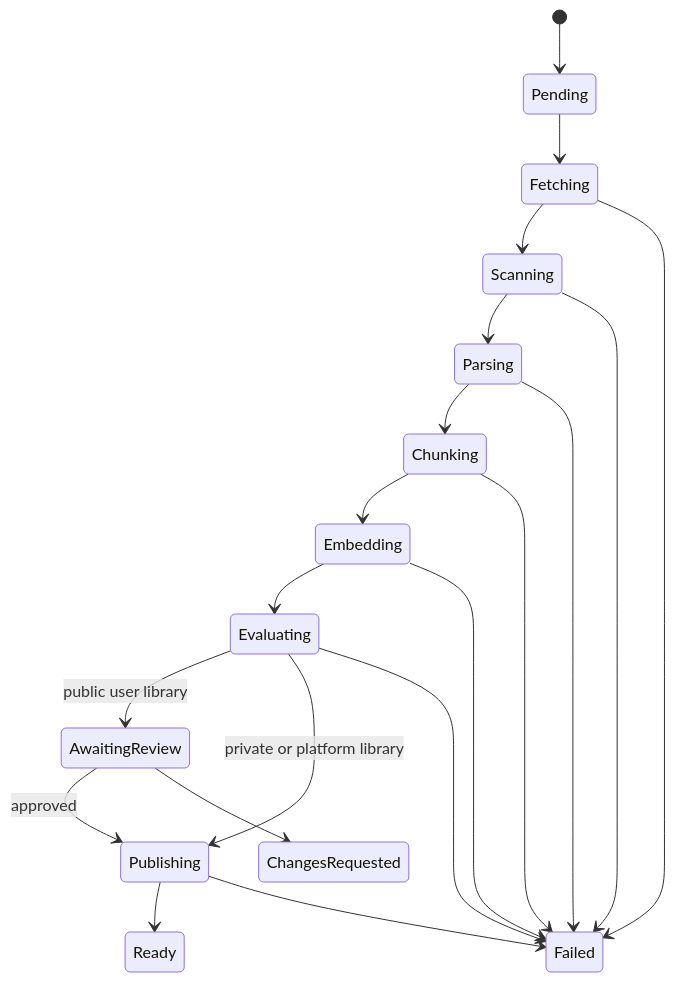
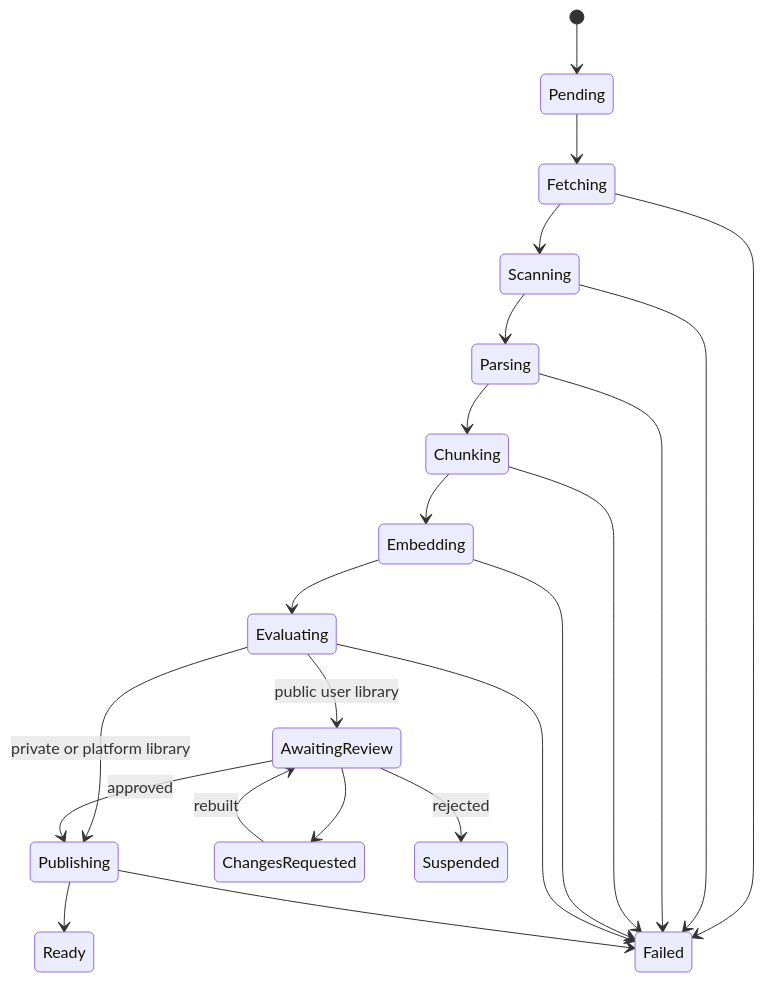
One commit to symphonyprotocol-lab/detail0 changed the second of 2 diagrams in architecture.md. Above: the diagram before and after it, drawn with Mermaid. The commit also changed other lines of this file and 19 other files, not shown here.

````diff
--- a/architecture.md
+++ b/architecture.md
@@ -434,22 +434,24 @@
 ```mermaid
 stateDiagram-v2
     [*] --> Pending
     Pending --> Fetching
     Fetching --> Scanning
     Scanning --> Parsing
     Parsing --> Chunking
     Chunking --> Embedding
     Embedding --> Evaluating
     Evaluating --> AwaitingReview: public user library
     Evaluating --> Publishing: private or platform library
     AwaitingReview --> Publishing: approved
     AwaitingReview --> ChangesRequested
+    ChangesRequested --> AwaitingReview: rebuilt
+    AwaitingReview --> Suspended: rejected
     Publishing --> Ready
     Fetching --> Failed
     Scanning --> Failed
     Parsing --> Failed
     Chunking --> Failed
     Embedding --> Failed
     Evaluating --> Failed
     Publishing --> Failed
 ```
````
